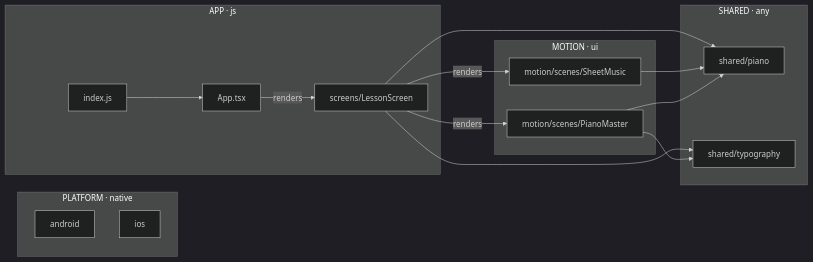
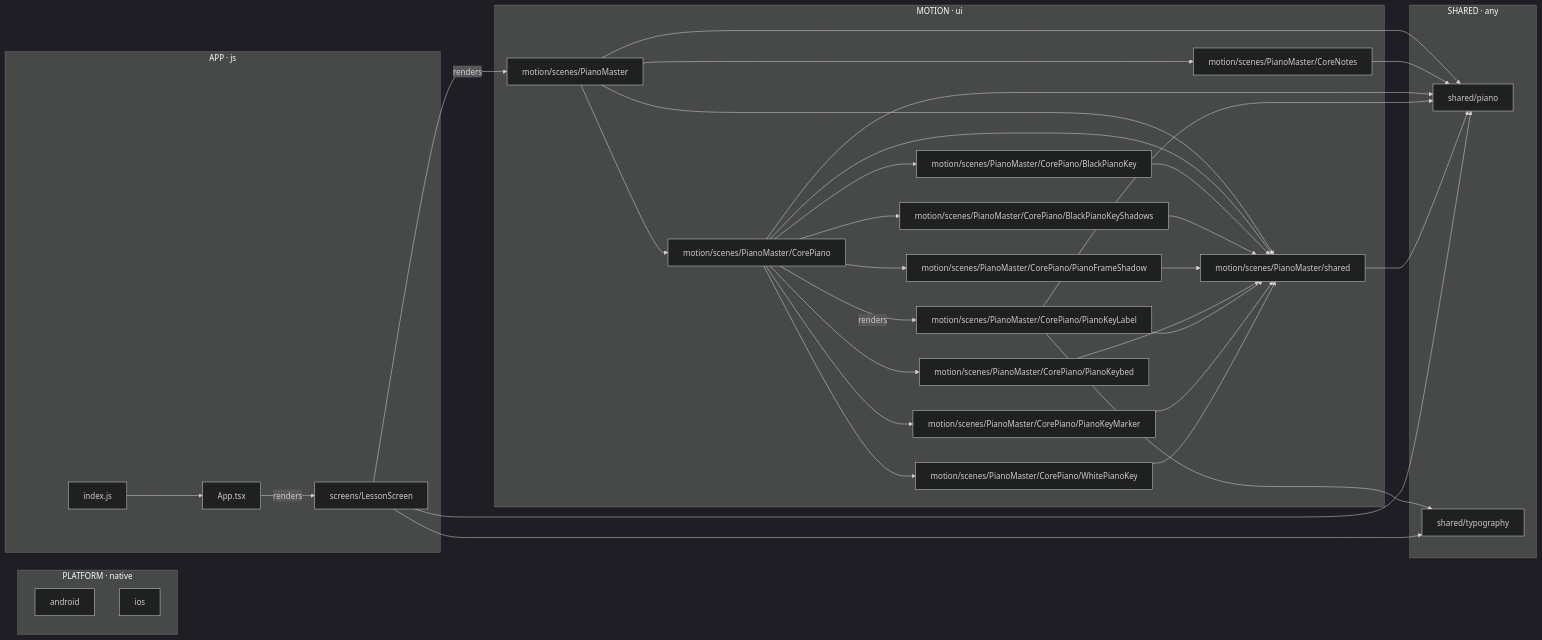
The diagram in docs/architecture/ARCHITECTURE.md (SumitRajpal/PianoAcademyStudio), drawn with Mermaid (dark theme) before and after one commit. The commit also changed other lines of this file and 57 other files, not shown here.

First line of the commit message:
Split PianoMaster into CorePiano and CoreNotes

````diff
--- a/docs/architecture/ARCHITECTURE.md
+++ b/docs/architecture/ARCHITECTURE.md
@@ -38,29 +47,58 @@
 ```mermaid
 flowchart LR
   subgraph plane_motion["MOTION · ui"]
     m4["motion/scenes/PianoMaster"]
-    m5["motion/scenes/SheetMusic"]
+    m5["motion/scenes/PianoMaster/CoreNotes"]
+    m6["motion/scenes/PianoMaster/CorePiano"]
+    m7["motion/scenes/PianoMaster/CorePiano/BlackPianoKey"]
+    m8["motion/scenes/PianoMaster/CorePiano/BlackPianoKeyShadows"]
+    m9["motion/scenes/PianoMaster/CorePiano/PianoFrameShadow"]
+    m10["motion/scenes/PianoMaster/CorePiano/PianoKeyLabel"]
+    m11["motion/scenes/PianoMaster/CorePiano/PianoKeyMarker"]
+    m12["motion/scenes/PianoMaster/CorePiano/PianoKeybed"]
+    m13["motion/scenes/PianoMaster/CorePiano/WhitePianoKey"]
+    m14["motion/scenes/PianoMaster/shared"]
   end
   subgraph plane_shared["SHARED · any"]
-    m7["shared/piano"]
-    m8["shared/typography"]
+    m16["shared/piano"]
+    m17["shared/typography"]
   end
   subgraph plane_platform["PLATFORM · native"]
     m1["android"]
     m3["ios"]
   end
   subgraph plane_app["APP · js"]
     m0["App.tsx"]
     m2["index.js"]
-    m6["screens/LessonScreen"]
+    m15["screens/LessonScreen"]
   end
-  m0 -->|renders| m6
+  m0 -->|renders| m15
   m2 --> m0
-  m4 --> m7
-  m4 --> m8
-  m5 --> m7
-  m6 -->|renders| m4
-  m6 -->|renders| m5
+  m4 --> m5
+  m4 --> m6
+  m4 --> m14
+  m4 --> m16
+  m5 --> m16
   m6 --> m7
   m6 --> m8
+  m6 --> m9
+  m6 --> m12
+  m6 -->|renders| m10
+  m6 --> m11
+  m6 --> m13
+  m6 --> m14
+  m6 --> m16
+  m7 --> m14
+  m8 --> m14
+  m9 --> m14
+  m12 --> m14
+  m10 --> m14
+  m10 --> m16
+  m10 --> m17
+  m11 --> m14
+  m13 --> m14
+  m14 --> m16
+  m15 -->|renders| m4
+  m15 --> m16
+  m15 --> m17
 ```
````
